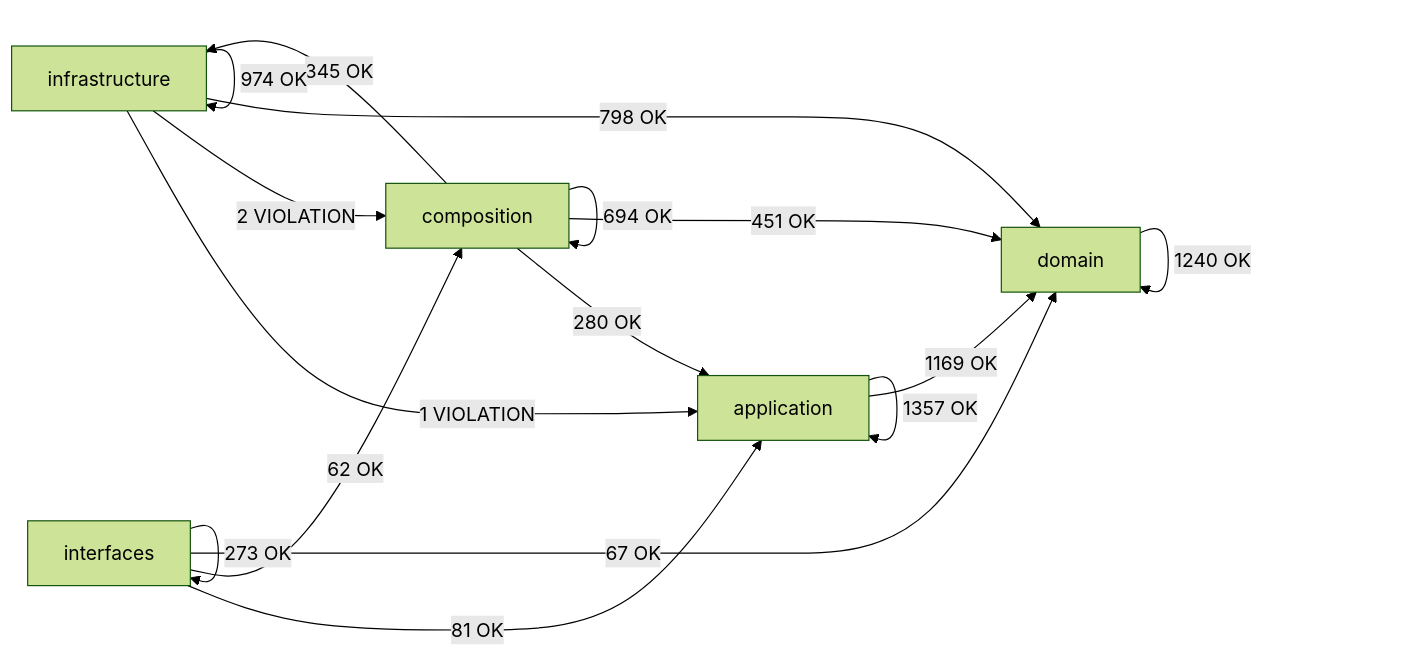
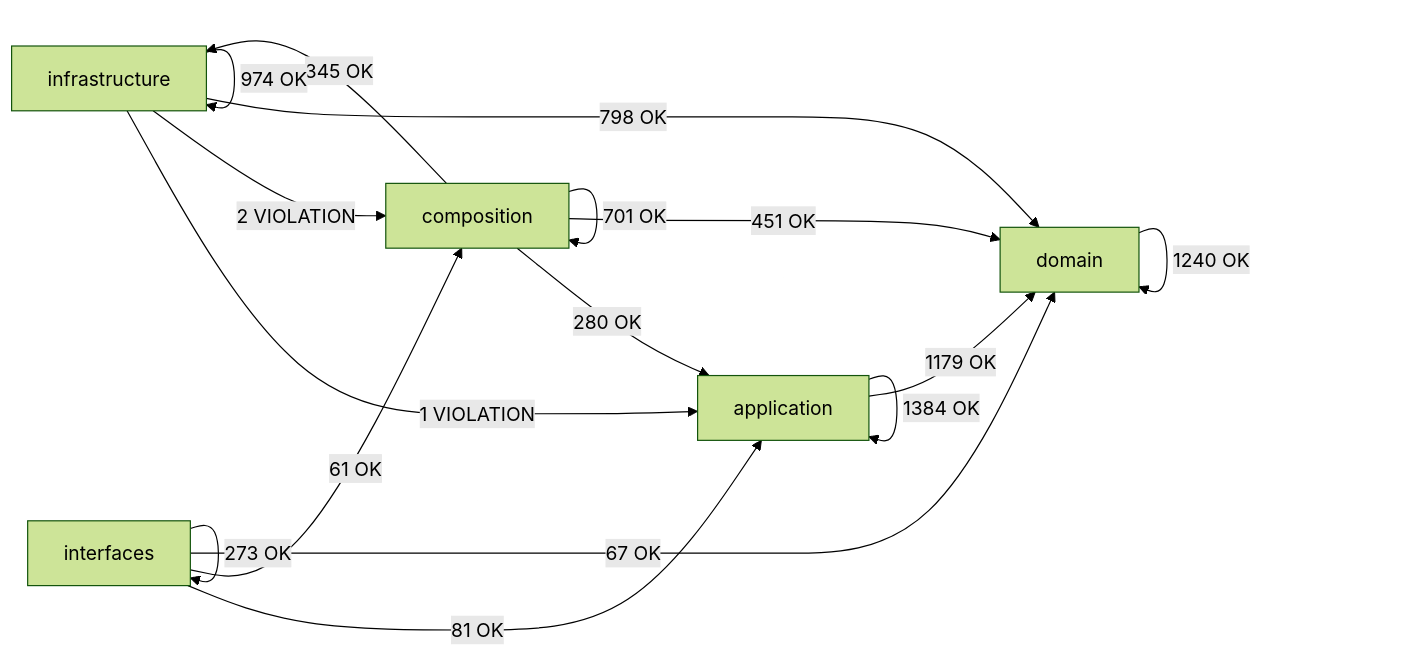
One commit to SatoryKono/BioactivityDataAcquisition changed the diagram in docs/02-architecture/generated/module-dependency-map.md. Above: the diagram before and after it, drawn with Mermaid (forest theme). The commit also changed other lines of this file and 49 other files, not shown here.

````diff
--- a/docs/02-architecture/generated/module-dependency-map.md
+++ b/docs/02-architecture/generated/module-dependency-map.md
@@ -17,23 +17,23 @@
 ```mermaid
 flowchart LR
     domain[domain]
     application[application]
     infrastructure[infrastructure]
     composition[composition]
     interfaces[interfaces]
-    application -->|1357 OK| application
-    application -->|1169 OK| domain
+    application -->|1384 OK| application
+    application -->|1179 OK| domain
     composition -->|280 OK| application
-    composition -->|694 OK| composition
+    composition -->|701 OK| composition
     composition -->|451 OK| domain
     composition -->|345 OK| infrastructure
     domain -->|1240 OK| domain
     infrastructure -->|1 VIOLATION| application
     infrastructure -->|2 VIOLATION| composition
     infrastructure -->|798 OK| domain
     infrastructure -->|974 OK| infrastructure
     interfaces -->|81 OK| application
-    interfaces -->|62 OK| composition
+    interfaces -->|61 OK| composition
     interfaces -->|67 OK| domain
     interfaces -->|273 OK| interfaces
 ```
````
